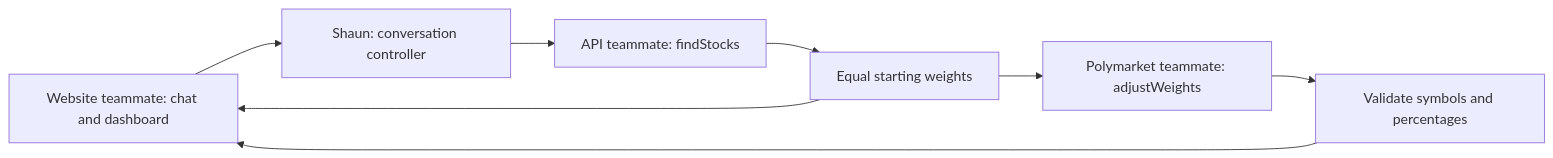
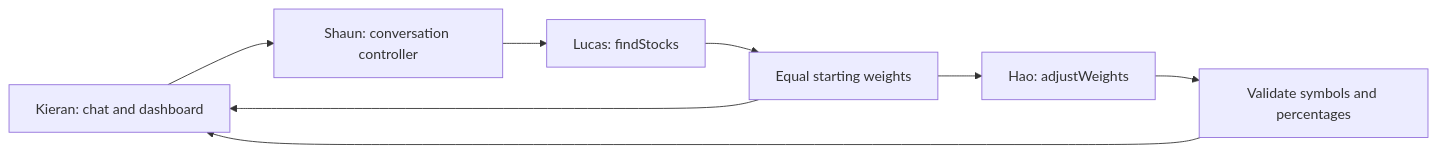
The diagram in docs/architecture.md (becomingWise/HackKnight-personal-etf), drawn with Mermaid before and after one commit. The commit also changed other lines of this file and 26 other files, not shown here.

````diff
--- a/docs/architecture.md
+++ b/docs/architecture.md
@@ -5,10 +5,10 @@
 ```mermaid
 flowchart LR
-  Website[Website teammate: chat and dashboard] --> Controller[Shaun: conversation controller]
-  Controller --> StockAdapter[API teammate: findStocks]
+  Website[Kieran: chat and dashboard] --> Controller[Shaun: conversation controller]
+  Controller --> StockAdapter[Lucas: findStocks]
   StockAdapter --> Baseline[Equal starting weights]
   Baseline --> Website
-  Baseline --> WeightAdapter[Polymarket teammate: adjustWeights]
+  Baseline --> WeightAdapter[Hao: adjustWeights]
   WeightAdapter --> Validation[Validate symbols and percentages]
   Validation --> Website
 ```
````
